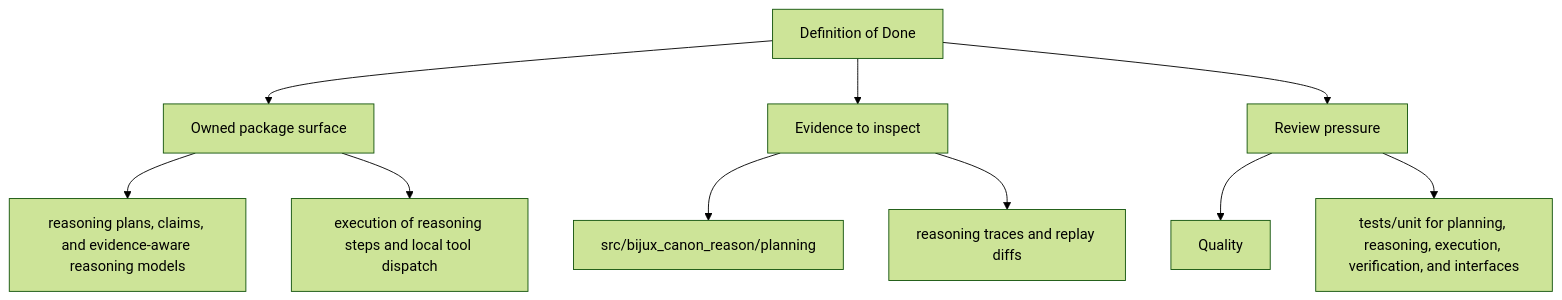
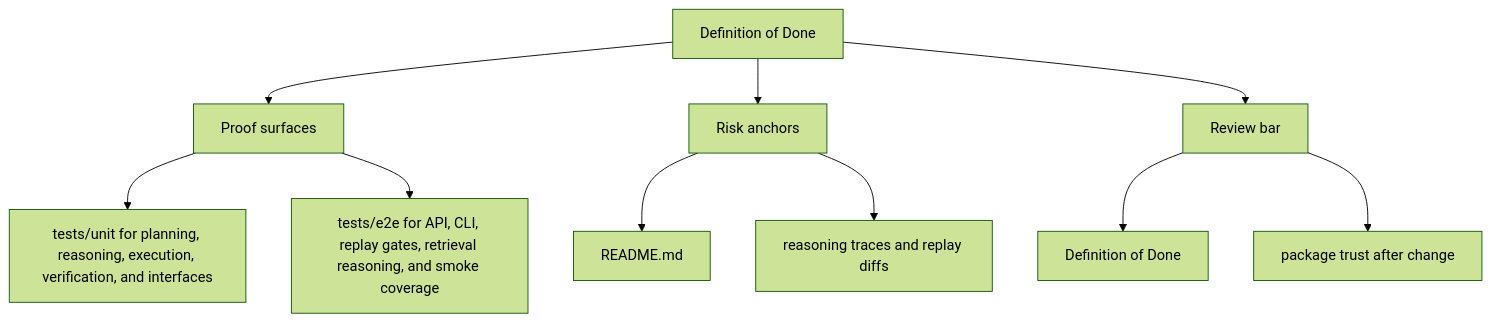
One commit to bijux/bijux-canon changed the second of 2 diagrams in docs/bijux-canon-reason/quality/definition-of-done.md. Above: the diagram before and after it, drawn with Mermaid (forest theme). The commit also changed other lines of this file and 250 other files, not shown here.

Commit message:
docs(diagrams): make product page maps more readable

````diff
--- a/docs/bijux-canon-reason/quality/definition-of-done.md
+++ b/docs/bijux-canon-reason/quality/definition-of-done.md
@@ -34,22 +34,22 @@
 ```mermaid
 flowchart TD
     page["Definition of Done"]
-    focus1["Owned package surface"]
+    focus1["Proof surfaces"]
     page --> focus1
-    focus1_1["reasoning plans, claims, and evidence-aware reasoning models"]
+    focus1_1["tests/unit for planning, reasoning, execution, verification, and interfaces"]
     focus1 --> focus1_1
-    focus1_2["execution of reasoning steps and local tool dispatch"]
+    focus1_2["tests/e2e for API, CLI, replay gates, retrieval reasoning, and smoke coverage"]
     focus1 --> focus1_2
-    focus2["Evidence to inspect"]
+    focus2["Risk anchors"]
     page --> focus2
-    focus2_1["src/bijux_canon_reason/planning"]
+    focus2_1["README.md"]
     focus2 --> focus2_1
     focus2_2["reasoning traces and replay diffs"]
     focus2 --> focus2_2
-    focus3["Review pressure"]
+    focus3["Review bar"]
     page --> focus3
-    focus3_1["Quality"]
+    focus3_1["Definition of Done"]
     focus3 --> focus3_1
-    focus3_2["tests/unit for planning, reasoning, execution, verification, and interfaces"]
+    focus3_2["package trust after change"]
     focus3 --> focus3_2
 ```
````
